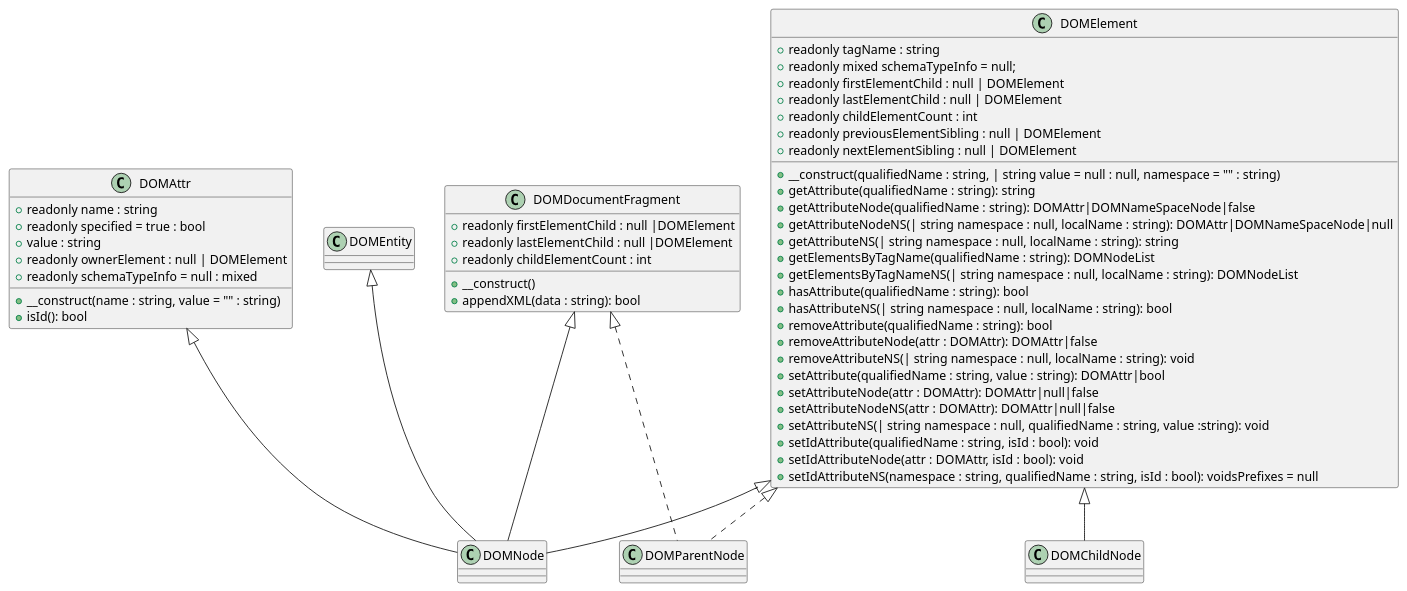
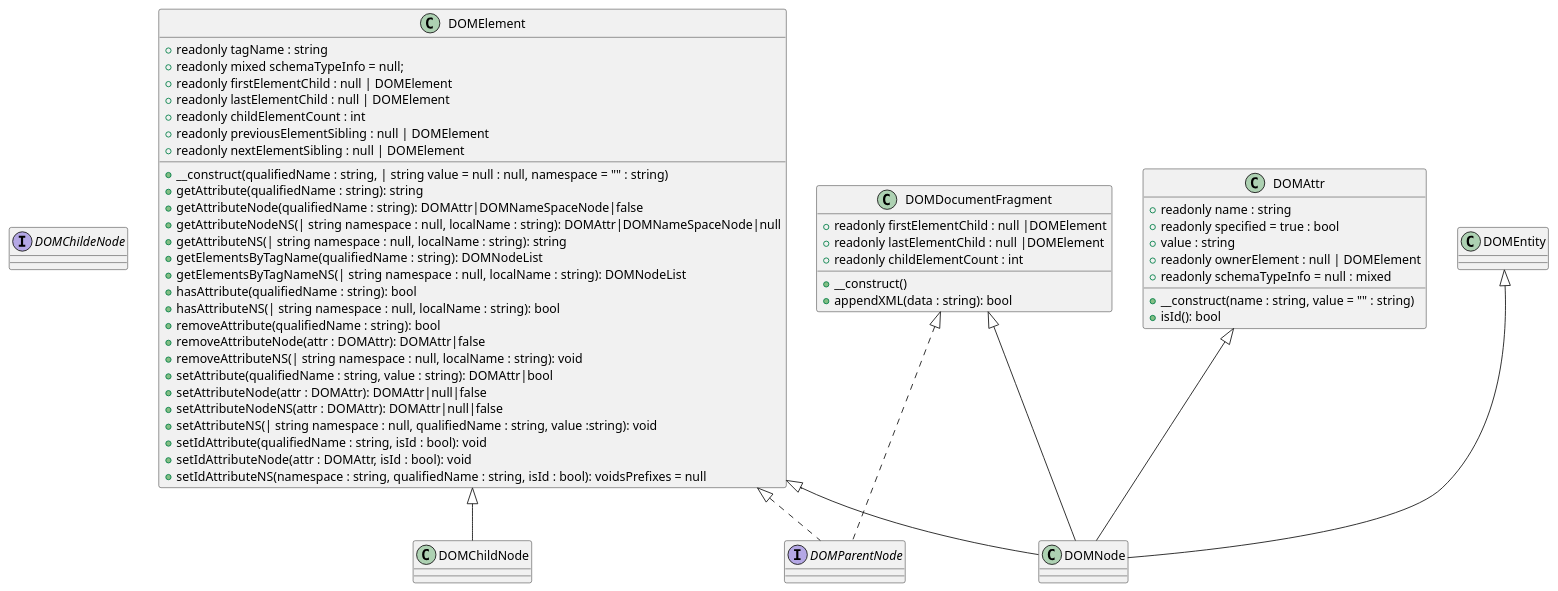
One commit to kurt-krueckeberg/understanding-dom changed the diagram in dom/other.puml. Above: the diagram before and after it, drawn with PlantUML. The commit also changed 1 other file, not shown here.

```diff
--- a/dom/other.puml
+++ b/dom/other.puml
@@ -1,59 +1,61 @@
 @startuml
+interface DOMChildeNode
+interface DOMParentNode
  DOMElement <|-- DOMNode
  DOMElement <|.. DOMParentNode
  DOMElement <|-- DOMChildNode
 
  class DOMElement {
   +readonly tagName : string
   +readonly mixed schemaTypeInfo = null;
   +readonly firstElementChild : null | DOMElement
   +readonly lastElementChild : null | DOMElement
   +readonly childElementCount : int
   +readonly previousElementSibling : null | DOMElement
   +readonly nextElementSibling : null | DOMElement
   +__construct(qualifiedName : string, | string value = null : null, namespace = "" : string)
   +getAttribute(qualifiedName : string): string
   +getAttributeNode(qualifiedName : string): DOMAttr|DOMNameSpaceNode|false
   +getAttributeNodeNS(| string namespace : null, localName : string): DOMAttr|DOMNameSpaceNode|null
   +getAttributeNS(| string namespace : null, localName : string): string
   +getElementsByTagName(qualifiedName : string): DOMNodeList
   +getElementsByTagNameNS(| string namespace : null, localName : string): DOMNodeList
   +hasAttribute(qualifiedName : string): bool
   +hasAttributeNS(| string namespace : null, localName : string): bool
   +removeAttribute(qualifiedName : string): bool
   +removeAttributeNode(attr : DOMAttr): DOMAttr|false
   +removeAttributeNS(| string namespace : null, localName : string): void
   +setAttribute(qualifiedName : string, value : string): DOMAttr|bool
   +setAttributeNode(attr : DOMAttr): DOMAttr|null|false
   +setAttributeNodeNS(attr : DOMAttr): DOMAttr|null|false
   +setAttributeNS(| string namespace : null, qualifiedName : string, value :string): void
   +setIdAttribute(qualifiedName : string, isId : bool): void
   +setIdAttributeNode(attr : DOMAttr, isId : bool): void
   +setIdAttributeNS(namespace : string, qualifiedName : string, isId : bool): voidsPrefixes = null
 }
 
 DOMAttr <|-- DOMNode 
 class DOMAttr {
   +readonly name : string
   +readonly specified = true : bool
   +value : string
   +readonly ownerElement : null | DOMElement
   +readonly schemaTypeInfo = null : mixed
   +__construct(name : string, value = "" : string)
   +isId(): bool
 }
 
 DOMEntity <|-- DOMNode
 
 DOMDocumentFragment <|-- DOMNode
 
 DOMDocumentFragment <|.. DOMParentNode
 
 class DOMDocumentFragment {
   +readonly firstElementChild : null |DOMElement
   +readonly lastElementChild : null |DOMElement
   +readonly childElementCount : int
   +__construct()
   +appendXML(data : string): bool
 }
 @enduml
```
